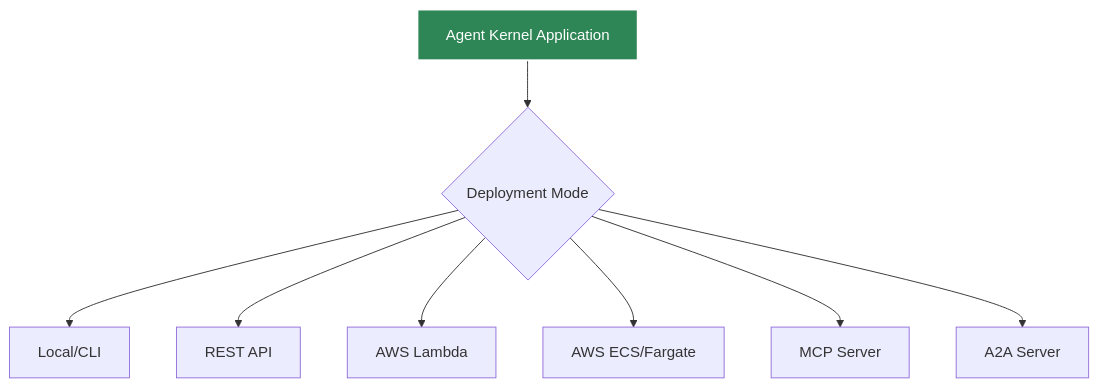
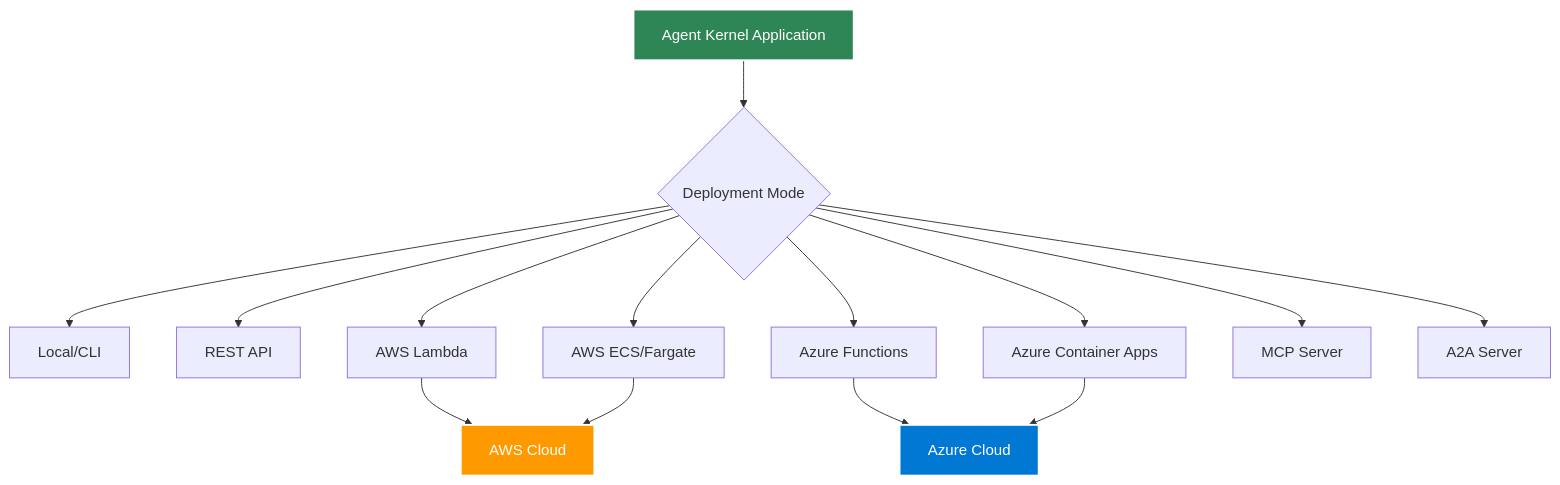
The diagram in docs/docs/deployment/overview.md (yaalalabs/agent-kernel), drawn with Mermaid before and after one commit. The commit also changed other lines of this file and 9 other files, not shown here.

````diff
--- a/docs/docs/deployment/overview.md
+++ b/docs/docs/deployment/overview.md
@@ -11,12 +11,21 @@
 ```mermaid
 graph TB
     A[Agent Kernel Application] --> B{Deployment Mode}
     B --> C[Local/CLI]
     B --> D[REST API]
     B --> E[AWS Lambda]
     B --> F[AWS ECS/Fargate]
-    B --> G[MCP Server]
-    B --> H[A2A Server]
+    B --> G[Azure Functions]
+    B --> H[Azure Container Apps]
+    B --> I[MCP Server]
+    B --> J[A2A Server]
+    
+    E --> K[AWS Cloud]
+    F --> K
+    G --> L[Azure Cloud]
+    H --> L
     
     style A fill:#2e8555,stroke:#fff,stroke-width:2px,color:#fff
+    style K fill:#FF9900,stroke:#fff,stroke-width:2px,color:#fff
+    style L fill:#0078D4,stroke:#fff,stroke-width:2px,color:#fff
 ```
````
